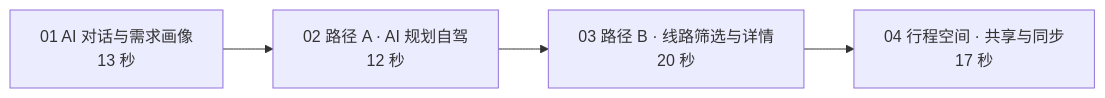
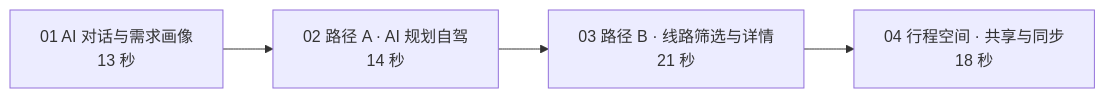
The third of 6 diagrams in docs/SHOWCASE-web-design.md (JohnMaxwell0123/TripCraft), drawn with Mermaid before and after one commit. The commit also changed other lines of this file and 3 other files, not shown here.

````diff
--- a/docs/SHOWCASE-web-design.md
+++ b/docs/SHOWCASE-web-design.md
@@ -150,4 +183,4 @@
 ```mermaid
 flowchart LR
-    S1["01 AI 对话与需求画像<br/>13 秒"] --> S2["02 路径 A · AI 规划自驾<br/>12 秒"] --> S3["03 路径 B · 线路筛选与详情<br/>20 秒"] --> S4["04 行程空间 · 共享与同步<br/>17 秒"]
+    S1["01 AI 对话与需求画像<br/>13 秒"] --> S2["02 路径 A · AI 规划自驾<br/>14 秒"] --> S3["03 路径 B · 线路筛选与详情<br/>21 秒"] --> S4["04 行程空间 · 共享与同步<br/>18 秒"]
 ```
````
